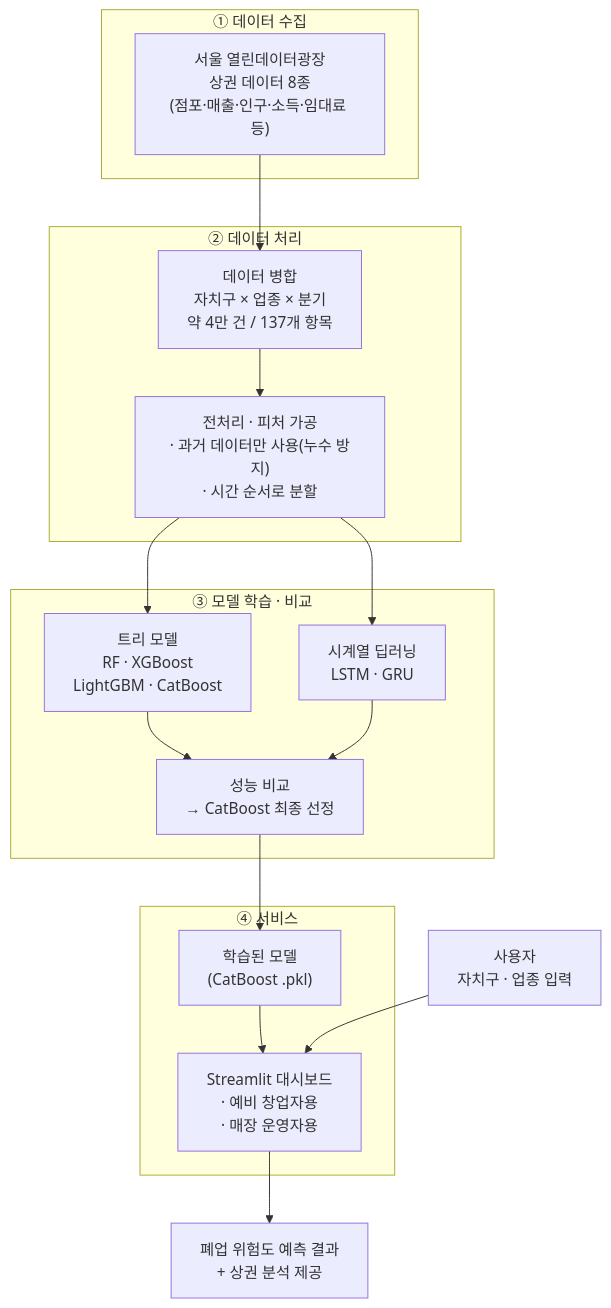
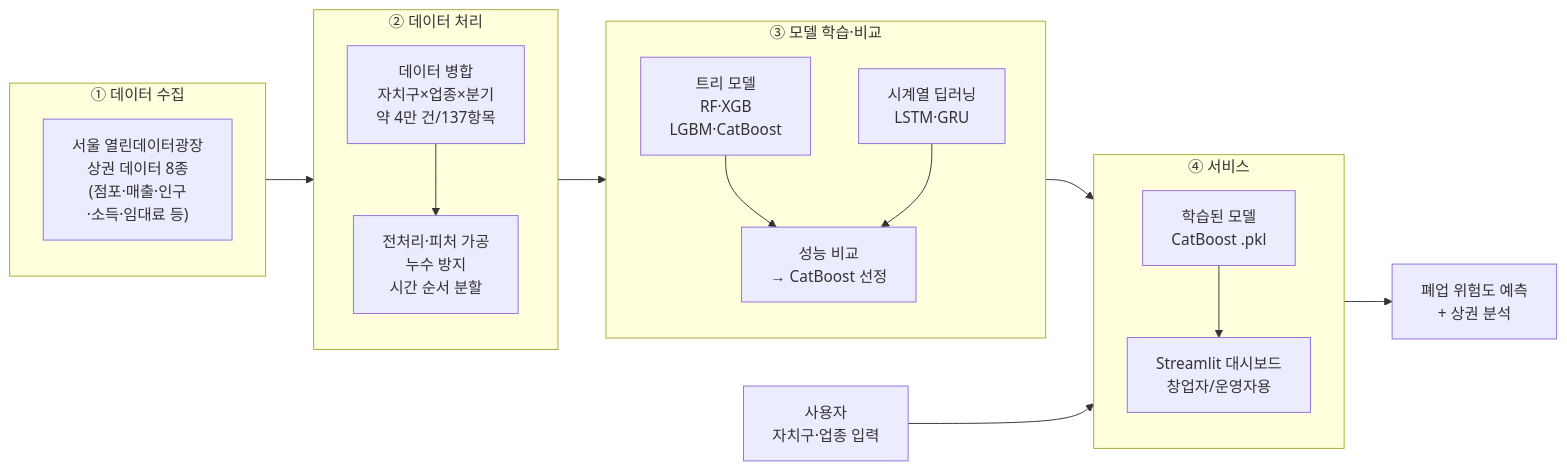
Before and after one commit to HyojungJ/HyojungJ: the diagram in README.md, drawn with Mermaid.

````diff
--- a/README.md
+++ b/README.md
@@ -30,36 +30,34 @@
 ```mermaid
-flowchart TD
+flowchart LR
     subgraph S1["① 데이터 수집"]
-        A1["서울 열린데이터광장<br/>상권 데이터 8종<br/>(점포·매출·인구·소득·임대료 등)"]
+        direction TB
+        A1["서울 열린데이터광장<br/>상권 데이터 8종<br/>(점포·매출·인구<br/>·소득·임대료 등)"]
     end
 
     subgraph S2["② 데이터 처리"]
-        B1["데이터 병합<br/>자치구 × 업종 × 분기<br/>약 4만 건 / 137개 항목"]
-        B2["전처리 · 피처 가공<br/>· 과거 데이터만 사용(누수 방지)<br/>· 시간 순서로 분할"]
+        direction TB
+        B1["데이터 병합<br/>자치구×업종×분기<br/>약 4만 건/137항목"]
+        B2["전처리·피처 가공<br/>누수 방지<br/>시간 순서 분할"]
         B1 --> B2
     end
 
-    subgraph S3["③ 모델 학습 · 비교"]
-        C1["트리 모델<br/>RF · XGBoost<br/>LightGBM · CatBoost"]
-        C2["시계열 딥러닝<br/>LSTM · GRU"]
-        C3["성능 비교<br/>→ CatBoost 최종 선정"]
+    subgraph S3["③ 모델 학습·비교"]
+        direction TB
+        C1["트리 모델<br/>RF·XGB<br/>LGBM·CatBoost"]
+        C2["시계열 딥러닝<br/>LSTM·GRU"]
+        C3["성능 비교<br/>→ CatBoost 선정"]
         C1 --> C3
         C2 --> C3
     end
 
     subgraph S4["④ 서비스"]
-        D1["학습된 모델<br/>(CatBoost .pkl)"]
-        D2["Streamlit 대시보드<br/>· 예비 창업자용<br/>· 매장 운영자용"]
+        direction TB
+        D1["학습된 모델<br/>CatBoost .pkl"]
+        D2["Streamlit 대시보드<br/>창업자/운영자용"]
         D1 --> D2
     end
 
-    U["사용자<br/>자치구 · 업종 입력"]
-    R["폐업 위험도 예측 결과<br/>+ 상권 분석 제공"]
-
-    A1 --> B1
-    B2 --> C1
-    B2 --> C2
-    C3 --> D1
-    U --> D2
-    D2 --> R
+    S1 --> S2 --> S3 --> S4
+    U["사용자<br/>자치구·업종 입력"] --> S4
+    S4 --> R["폐업 위험도 예측<br/>+ 상권 분석"]
 ```
````
